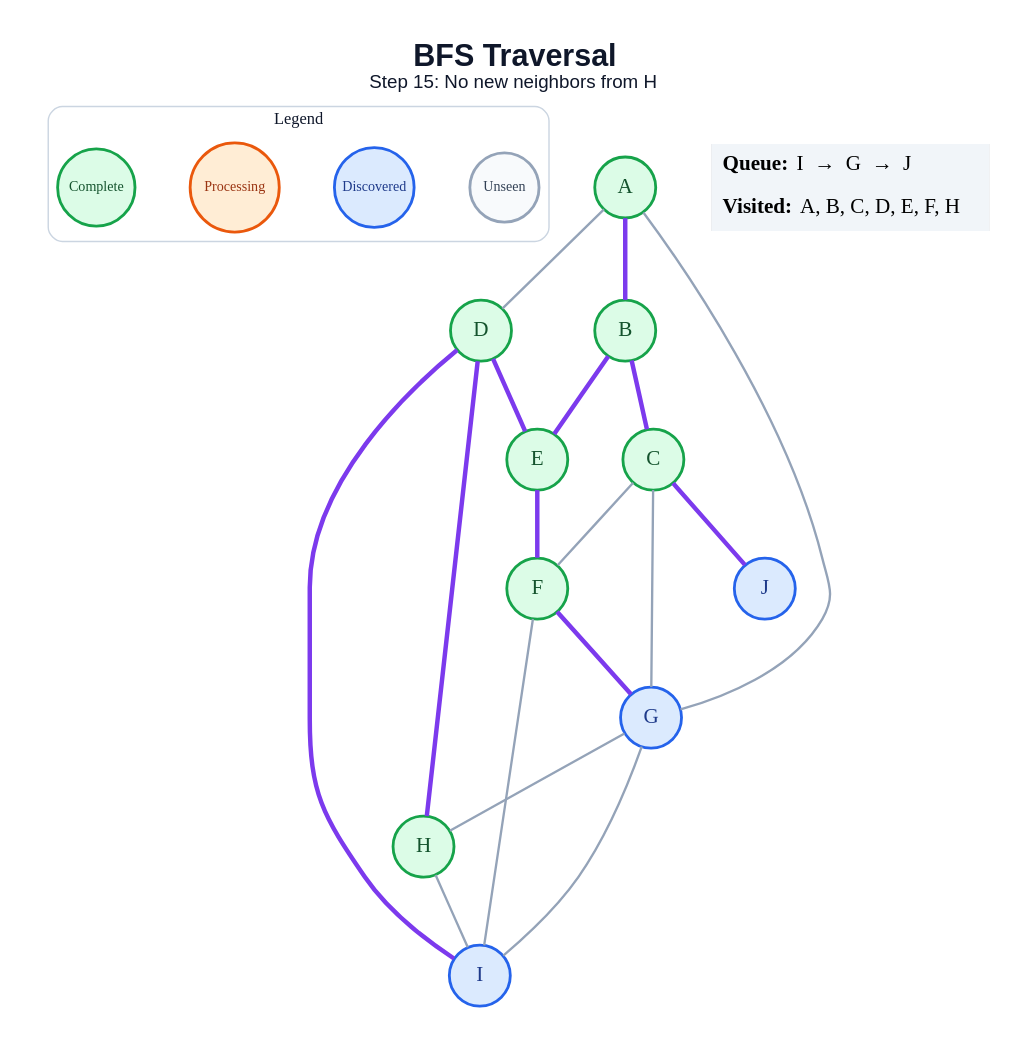
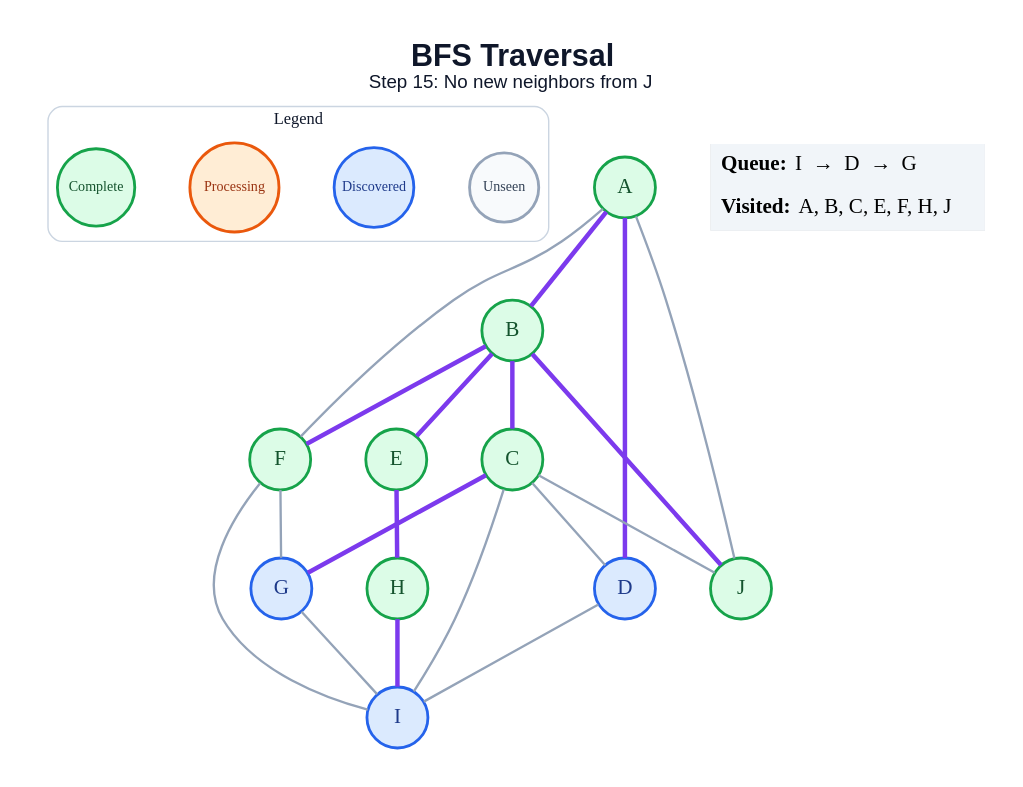
The diagram in generated/specific-node/bfs/step_15.dot (anon7238593-create/ai-slop), drawn with Graphviz before and after one commit. The commit also changed 178 other files, not shown here.

```diff
--- a/generated/specific-node/bfs/step_15.dot
+++ b/generated/specific-node/bfs/step_15.dot
@@ -1,46 +1,47 @@
 graph traversal {
   graph [layout=dot, rankdir=TB, bgcolor="#FFFFFF", pad="0.35", nodesep="0.65", ranksep="0.8", fontname="Arial"];
   node [shape=circle, style="filled", fontname="Arial Bold", fontsize=18, width=0.72, fixedsize=true, penwidth=2.4];
   edge [color="#94A3B8", penwidth=2.0];
-  label=<<B>BFS Traversal</B><BR/><FONT POINT-SIZE="16">Step 15: No new neighbors from H</FONT>>; labelloc="t"; fontsize=26; fontname="Arial"; fontcolor="#0F172A";
+  label=<<B>BFS Traversal</B><BR/><FONT POINT-SIZE="16">Step 15: No new neighbors from J</FONT>>; labelloc="t"; fontsize=26; fontname="Arial"; fontcolor="#0F172A";
   subgraph cluster_legend { label="Legend"; color="#CBD5E1"; penwidth=1.2; style="rounded"; fontsize=14; fontname="Arial Bold";
     key_unseen [label="Unseen", fillcolor="#F8FAFC", color="#94A3B8", fontcolor="#334155", fontsize=12, width=0.82];
     key_frontier [label="Discovered", fillcolor="#DBEAFE", color="#2563EB", fontcolor="#1E3A8A", fontsize=12, width=0.95];
     key_current [label="Processing", fillcolor="#FFEDD5", color="#EA580C", fontcolor="#9A3412", fontsize=12, width=1.05];
     key_done [label="Complete", fillcolor="#DCFCE7", color="#16A34A", fontcolor="#14532D", fontsize=12, width=0.92];
     { rank=same; key_unseen; key_frontier; key_current; key_done; }
   }
   A [fillcolor="#DCFCE7", color="#16A34A", fontcolor="#14532D"];
   B [fillcolor="#DCFCE7", color="#16A34A", fontcolor="#14532D"];
   C [fillcolor="#DCFCE7", color="#16A34A", fontcolor="#14532D"];
-  D [fillcolor="#DCFCE7", color="#16A34A", fontcolor="#14532D"];
+  D [fillcolor="#DBEAFE", color="#2563EB", fontcolor="#1E3A8A"];
   E [fillcolor="#DCFCE7", color="#16A34A", fontcolor="#14532D"];
   F [fillcolor="#DCFCE7", color="#16A34A", fontcolor="#14532D"];
   G [fillcolor="#DBEAFE", color="#2563EB", fontcolor="#1E3A8A"];
   H [fillcolor="#DCFCE7", color="#16A34A", fontcolor="#14532D"];
   I [fillcolor="#DBEAFE", color="#2563EB", fontcolor="#1E3A8A"];
-  J [fillcolor="#DBEAFE", color="#2563EB", fontcolor="#1E3A8A"];
+  J [fillcolor="#DCFCE7", color="#16A34A", fontcolor="#14532D"];
   A -- B [color="#7C3AED", penwidth=3.8];
-  A -- D;
-  A -- G;
+  A -- D [color="#7C3AED", penwidth=3.8];
+  A -- F;
+  A -- J;
   B -- C [color="#7C3AED", penwidth=3.8];
   B -- E [color="#7C3AED", penwidth=3.8];
-  C -- F;
-  C -- G;
-  C -- J [color="#7C3AED", penwidth=3.8];
-  D -- E [color="#7C3AED", penwidth=3.8];
-  D -- H [color="#7C3AED", penwidth=3.8];
-  D -- I [color="#7C3AED", penwidth=3.8];
-  E -- F [color="#7C3AED", penwidth=3.8];
-  F -- G [color="#7C3AED", penwidth=3.8];
+  B -- F [color="#7C3AED", penwidth=3.8];
+  B -- J [color="#7C3AED", penwidth=3.8];
+  C -- D;
+  C -- G [color="#7C3AED", penwidth=3.8];
+  C -- I;
+  C -- J;
+  D -- I;
+  E -- H [color="#7C3AED", penwidth=3.8];
+  F -- G;
   F -- I;
-  G -- H;
   G -- I;
-  H -- I;
+  H -- I [color="#7C3AED", penwidth=3.8];
   status [shape=plain, fixedsize=false, width=0, height=0, margin=0, label=<
     <TABLE BORDER="0" CELLBORDER="0" CELLPADDING="7" BGCOLOR="#F1F5F9">
-      <TR><TD ALIGN="LEFT"><B>Queue:</B> I  →  G  →  J</TD></TR>
-      <TR><TD ALIGN="LEFT"><B>Visited:</B> A, B, C, D, E, F, H</TD></TR>
+      <TR><TD ALIGN="LEFT"><B>Queue:</B> I  →  D  →  G</TD></TR>
+      <TR><TD ALIGN="LEFT"><B>Visited:</B> A, B, C, E, F, H, J</TD></TR>
     </TABLE>
   >];
 }
```
